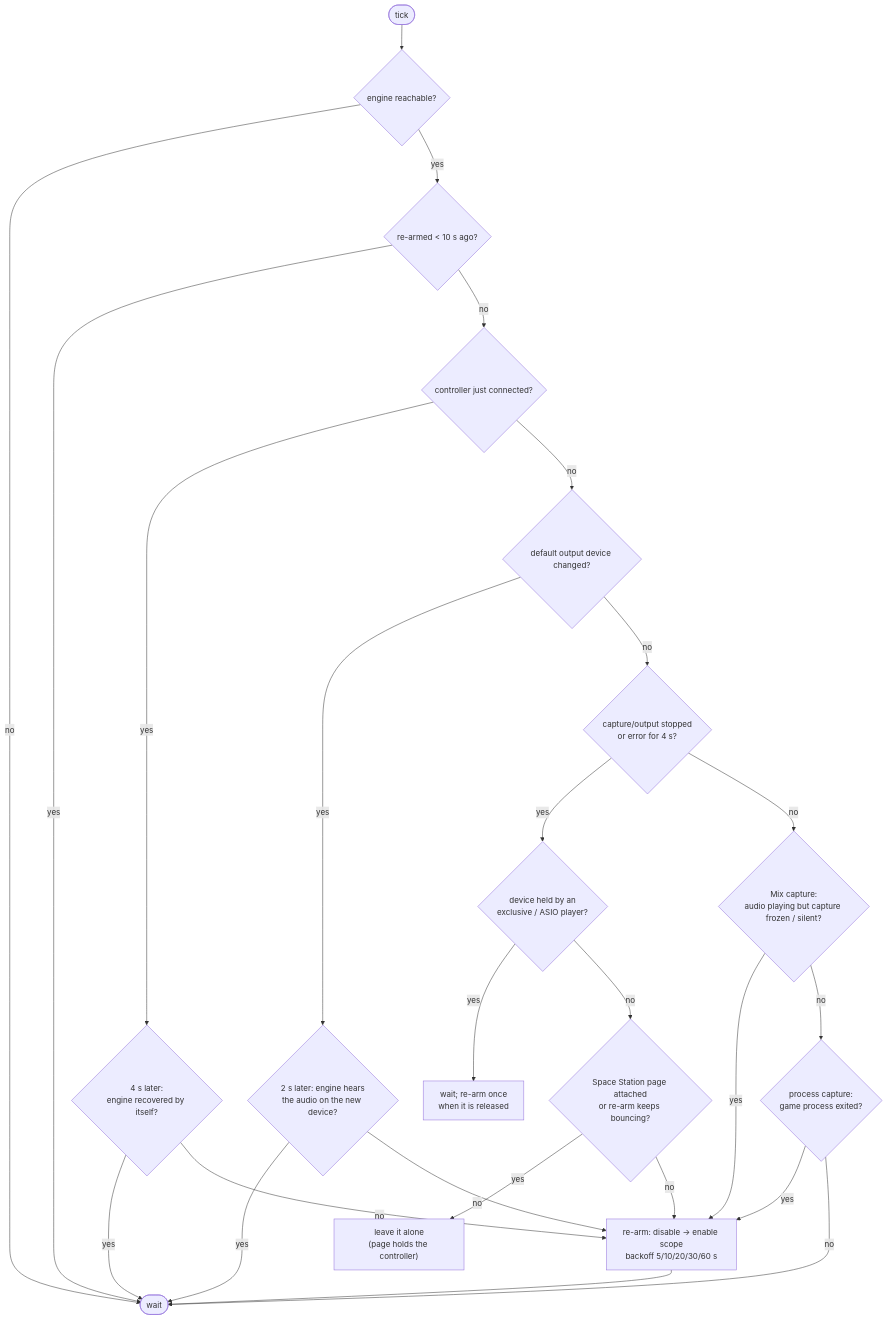
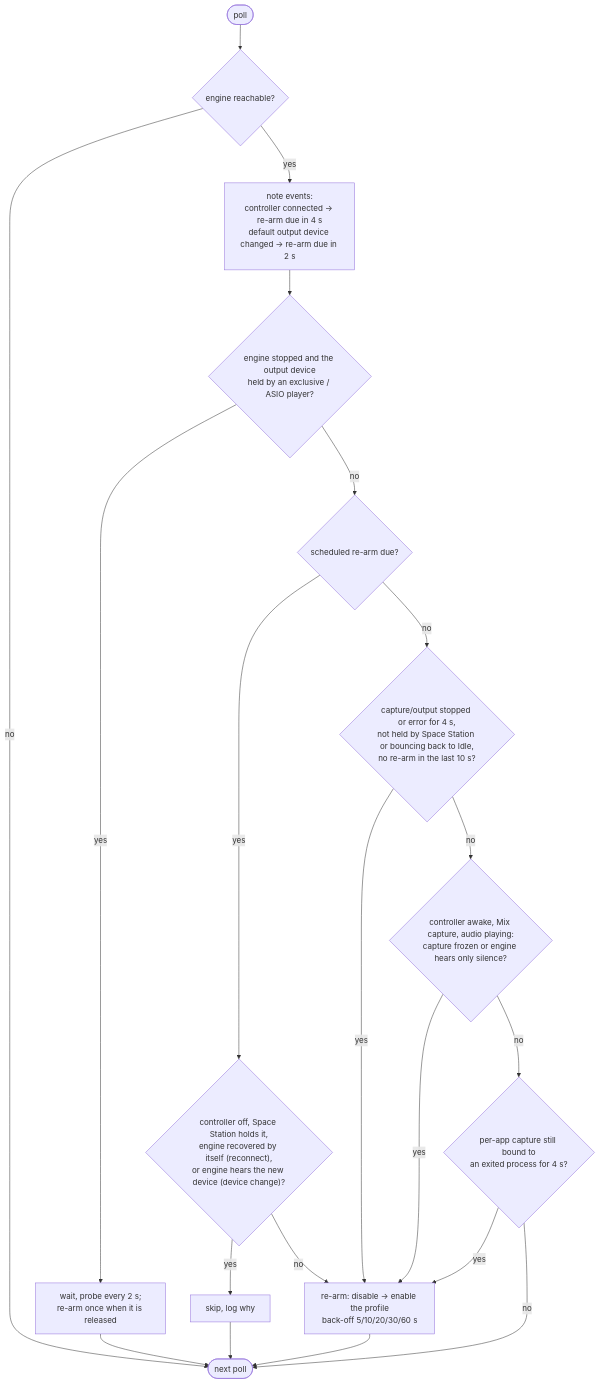
The fourth of 6 diagrams in DIAGRAM.md (Emrise-r/flydigi-xhaptic-controller), drawn with Mermaid before and after one commit. The commit also changed other lines of this file, not shown here.

Commit message:
DIAGRAM: match the current watchdog rules and components

````diff
--- a/DIAGRAM.md
+++ b/DIAGRAM.md
@@ -58,27 +64,20 @@
 ```mermaid
 flowchart TD
-    T([tick]) --> S{engine reachable?}
-    S -- no --> W([wait])
-    S -- yes --> R{"re-armed < 10 s ago?"}
-    R -- yes --> W
-    R -- no --> C1{controller just connected?}
-    C1 -- yes --> K4{"4 s later:<br/>engine recovered by itself?"}
-    K4 -- yes --> W
-    C1 -- no --> C2{default output device changed?}
-    C2 -- yes --> K2{"2 s later: engine hears<br/>the audio on the new device?"}
-    K2 -- yes --> W
-    C2 -- no --> C3{"capture/output stopped<br/>or error for 4 s?"}
-    C3 -- yes --> EX{"device held by an<br/>exclusive / ASIO player?"}
-    EX -- yes --> WAIT["wait; re-arm once<br/>when it is released"]
-    EX -- no --> WEB{"Space Station page attached<br/>or re-arm keeps bouncing?"}
-    WEB -- yes --> HOLD["leave it alone<br/>(page holds the controller)"]
-    WEB -- no --> KICK
-    C3 -- no --> C4{"Mix capture:<br/>audio playing but capture frozen / silent?"}
-    C4 -- yes --> KICK
-    C4 -- no --> C5{"process capture:<br/>game process exited?"}
-    C5 -- yes --> KICK
-    C5 -- no --> W
-    K4 -- no --> KICK
-    K2 -- no --> KICK
-    KICK["re-arm: disable → enable scope<br/>backoff 5/10/20/30/60 s"] --> W
+    T([poll]) --> S{engine reachable?}
+    S -- no --> W([next poll])
+    S -- yes --> N["note events:<br/>controller connected → re-arm due in 4 s<br/>default output device changed → re-arm due in 2 s"]
+    N --> EX{"engine stopped and the output device<br/>held by an exclusive / ASIO player?"}
+    EX -- yes --> HOLD["wait, probe every 2 s;<br/>re-arm once when it is released"] --> W
+    EX -- no --> D{scheduled re-arm due?}
+    D -- yes --> SK{"controller off, Space Station holds it,<br/>engine recovered by itself (reconnect),<br/>or engine hears the new device (device change)?"}
+    SK -- yes --> SKIP["skip, log why"] --> W
+    SK -- no --> KICK
+    D -- no --> R1{"capture/output stopped or error for 4 s,<br/>not held by Space Station or bouncing back to Idle,<br/>no re-arm in the last 10 s?"}
+    R1 -- yes --> KICK
+    R1 -- no --> R2{"controller awake, Mix capture, audio playing:<br/>capture frozen or engine hears only silence?"}
+    R2 -- yes --> KICK
+    R2 -- no --> R3{"per-app capture still bound to<br/>an exited process for 4 s?"}
+    R3 -- yes --> KICK
+    R3 -- no --> W
+    KICK["re-arm: disable → enable the profile<br/>back-off 5/10/20/30/60 s"] --> W
 ```
````
